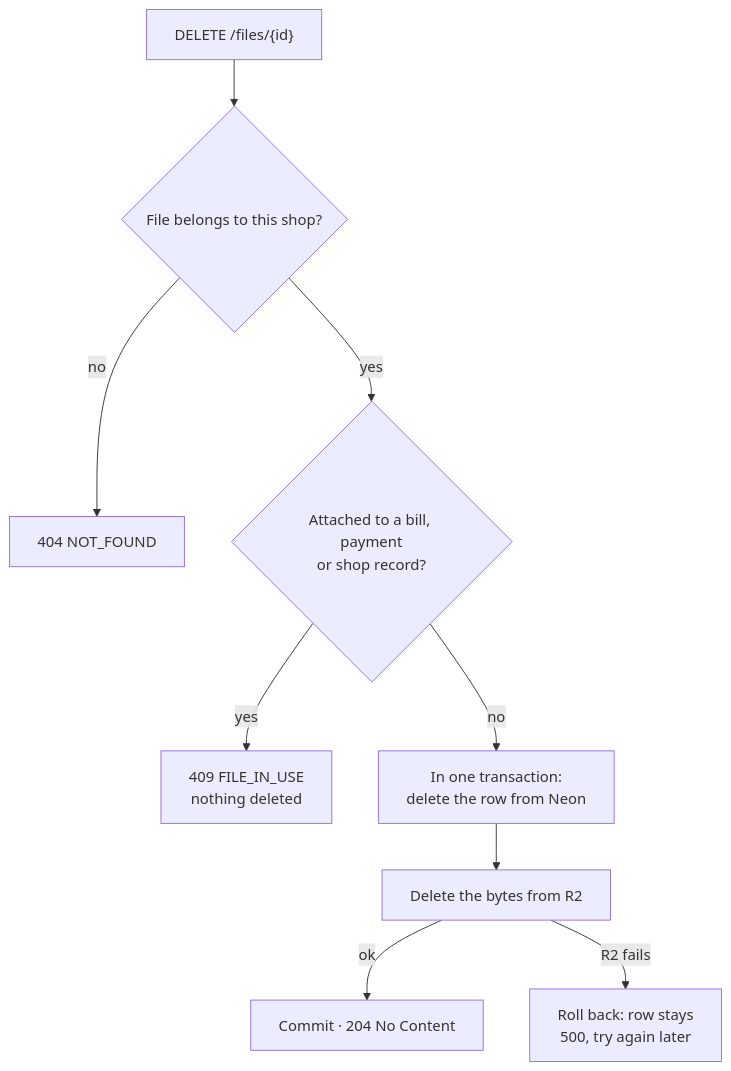
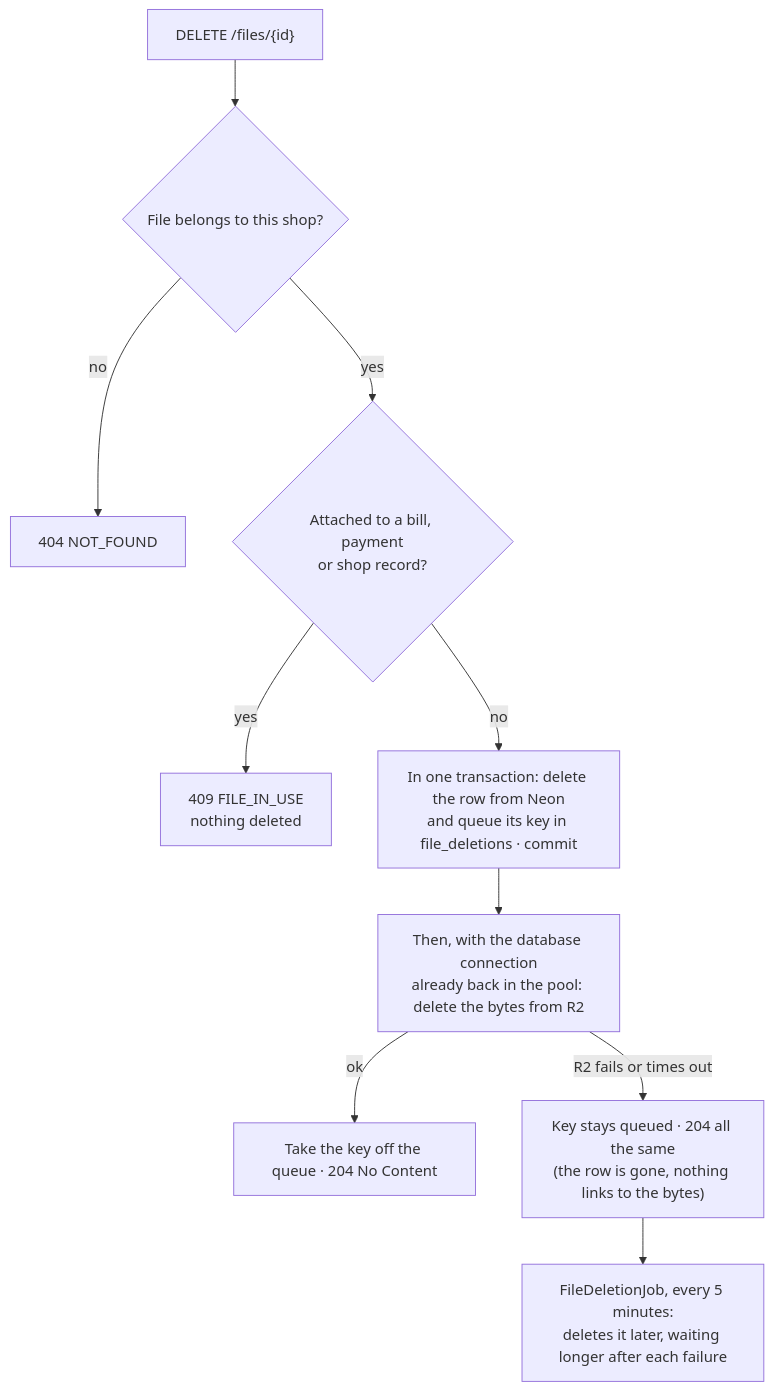
The fourth of 8 diagrams in README.md (Premanshu-jha/apni-dukan-backend), drawn with Mermaid before and after one commit. The commit also changed other lines of this file, not shown here.

````diff
--- a/README.md
+++ b/README.md
@@ -79,11 +79,12 @@
 ```mermaid
 flowchart TD
     A["DELETE /files/{id}"] --> B{"File belongs to this shop?"}
     B -- no --> E1["404 NOT_FOUND"]
     B -- yes --> C{"Attached to a bill, payment<br/>or shop record?"}
     C -- yes --> E2["409 FILE_IN_USE<br/>nothing deleted"]
-    C -- no --> D["In one transaction:<br/>delete the row from Neon"]
-    D --> F["Delete the bytes from R2"]
-    F -- ok --> G["Commit · 204 No Content"]
-    F -- "R2 fails" --> H["Roll back: row stays<br/>500, try again later"]
+    C -- no --> D["In one transaction: delete the row from Neon<br/>and queue its key in file_deletions · commit"]
+    D --> F["Then, with the database connection<br/>already back in the pool: delete the bytes from R2"]
+    F -- ok --> G["Take the key off the queue · 204 No Content"]
+    F -- "R2 fails or times out" --> H["Key stays queued · 204 all the same<br/>(the row is gone, nothing links to the bytes)"]
+    H --> J["FileDeletionJob, every 5 minutes:<br/>deletes it later, waiting longer after each failure"]
 ```
````
